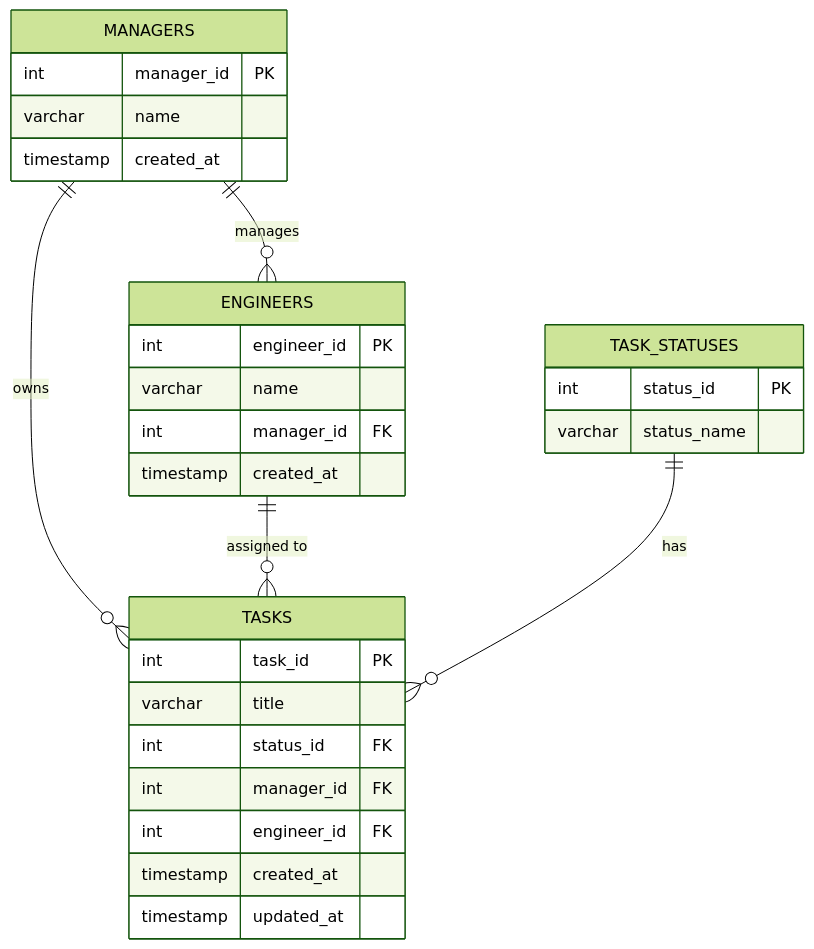
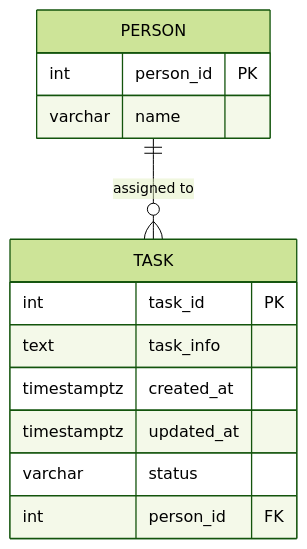
The diagram in docs/schema.md (cs390f26/agile-board-monolith), drawn with Mermaid (forest theme) before and after one commit. The commit also changed other lines of this file and 5 other files, not shown here.

Commit message:
Created and updated docs on deploying locally, on a ec2 machine, explaining our workflow process for the repo and our github actions, and finally i updated our schema database markdown file with our table schemas

````diff
--- a/docs/schema.md
+++ b/docs/schema.md
@@ -11,32 +12,17 @@
 ```mermaid
 erDiagram
-    MANAGERS ||--o{ ENGINEERS : manages
-    MANAGERS ||--o{ TASKS : owns
-    ENGINEERS ||--o{ TASKS : "assigned to"
-    TASK_STATUSES ||--o{ TASKS : has
+    PERSON ||--o{ TASK : "assigned to"
 
-    MANAGERS {
-        int manager_id PK
+    PERSON {
+        int person_id PK
         varchar name
-        timestamp created_at
     }
-    ENGINEERS {
-        int engineer_id PK
-        varchar name
-        int manager_id FK
-        timestamp created_at
-    }
-    TASK_STATUSES {
-        int status_id PK
-        varchar status_name
-    }
-    TASKS {
+    TASK {
         int task_id PK
-        varchar title
-        int status_id FK
-        int manager_id FK
-        int engineer_id FK
-        timestamp created_at
-        timestamp updated_at
+        text task_info
+        timestamptz created_at
+        timestamptz updated_at
+        varchar status
+        int person_id FK
     }
 ```
````
